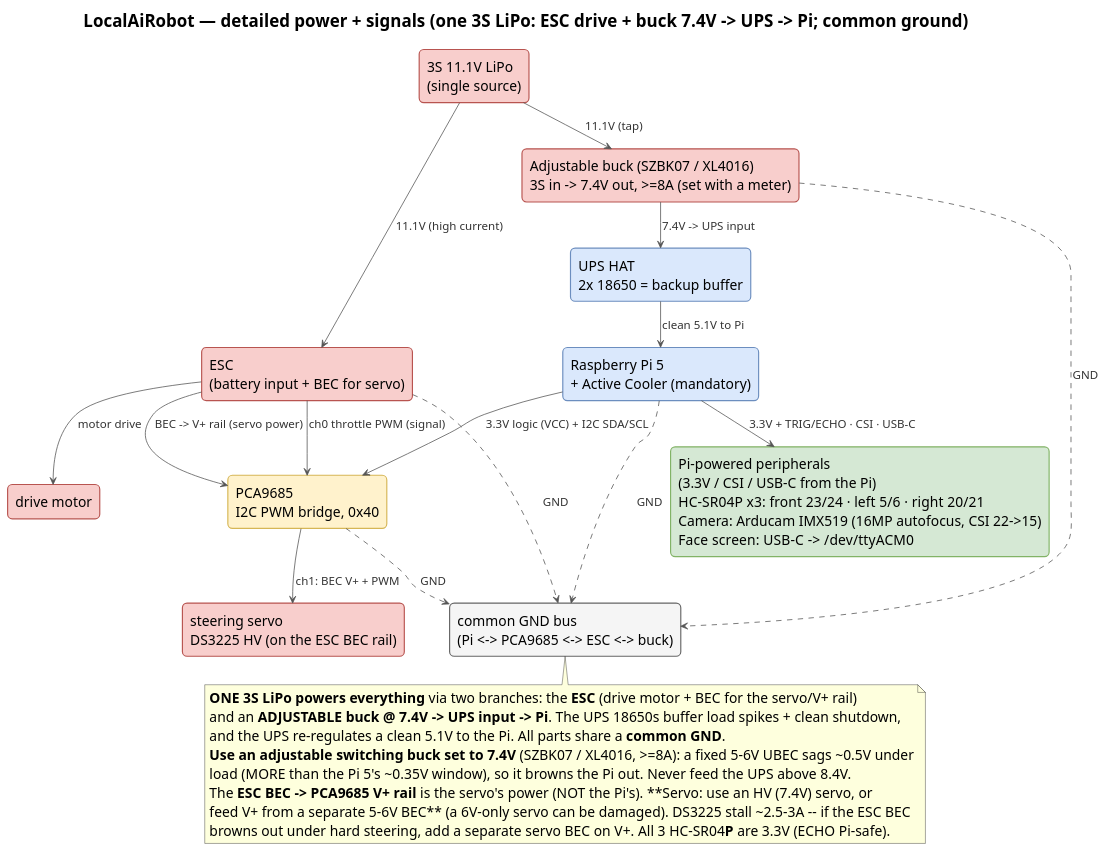
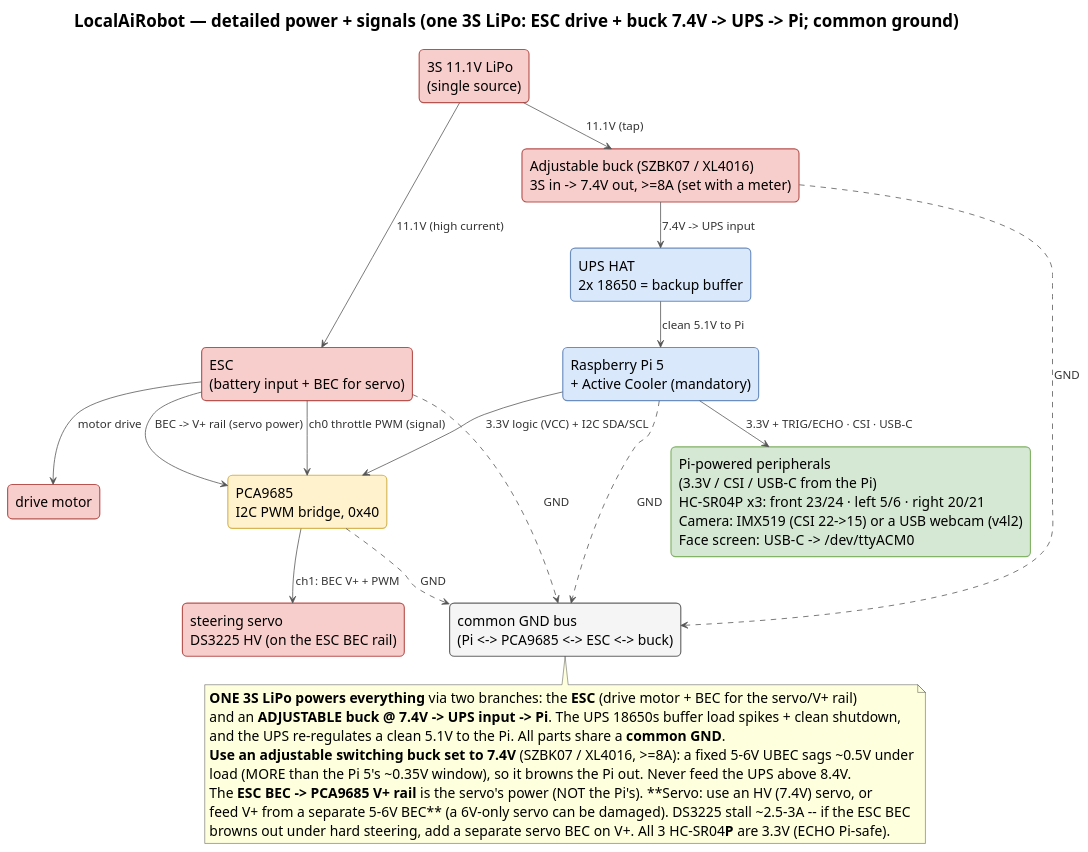
The diagram in docs/images/power-domains.puml (shen747/LocalAiRobot), drawn with PlantUML before and after one commit. The commit also changed 7 other files, not shown here.

Commit message:
Support a USB webcam on the Pi (ROBOT_CAMERA_BACKEND=v4l2) alongside the CSI camera, with docs + diagrams

```diff
--- a/docs/images/power-domains.puml
+++ b/docs/images/power-domains.puml
@@ -1,73 +1,73 @@
 @startuml power-domains
 ' LocalAiRobot — DETAILED power + signal wiring, TOP-TO-BOTTOM (one 3S LiPo -> ESC + buck(7.4V)/UPS to the Pi).
 ' This source lives next to its render. Regenerate in place (writes power-domains.png here):
 '   plantuml -tpng docs/images/power-domains.puml
 ' No Graphviz needed: !pragma layout smetana. Vertical + larger fonts; Pi peripherals collapsed into one box.
 !pragma layout smetana
 top to bottom direction
 hide stereotype
 title LocalAiRobot — detailed power + signals (one 3S LiPo: ESC drive + buck 7.4V -> UPS -> Pi; common ground)
 
 skinparam backgroundColor white
 skinparam shadowing false
 skinparam defaultFontName Helvetica
 skinparam defaultFontSize 18
 skinparam TitleFontSize 22
 skinparam ArrowColor #555555
 skinparam ArrowFontColor #333333
 skinparam ArrowFontSize 15
 skinparam rectangle {
   RoundCorner 12
   FontSize 18
   BorderThickness 1.5
   BackgroundColor<<io>> #DAE8FC
   BorderColor<<io>> #6C8EBF
   BackgroundColor<<model>> #FFF2CC
   BorderColor<<model>> #D6B656
   BackgroundColor<<data>> #D5E8D4
   BorderColor<<data>> #82B366
   BackgroundColor<<motor>> #F8CECC
   BorderColor<<motor>> #B85450
   BackgroundColor<<store>> #F5F5F5
   BorderColor<<store>> #666666
 }
 
 rectangle "3S 11.1V LiPo\n(single source)" as lipo <<motor>>
 rectangle "ESC\n(battery input + BEC for servo)" as esc <<motor>>
 rectangle "drive motor" as dmotor <<motor>>
 rectangle "Adjustable buck (SZBK07 / XL4016)\n3S in -> 7.4V out, >=8A (set with a meter)" as ubec <<motor>>
 rectangle "UPS HAT\n2x 18650 = backup buffer" as ups <<io>>
 rectangle "Raspberry Pi 5\n+ Active Cooler (mandatory)" as pi <<io>>
 rectangle "PCA9685\nI2C PWM bridge, 0x40" as pca <<model>>
 rectangle "steering servo\nDS3225 HV (on the ESC BEC rail)" as servo <<motor>>
-rectangle "Pi-powered peripherals\n(3.3V / CSI / USB-C from the Pi)\nHC-SR04P x3:  front 23/24 · left 5/6 · right 20/21\nCamera: Arducam IMX519 (16MP autofocus, CSI 22->15)\nFace screen:  USB-C -> /dev/ttyACM0" as periph <<data>>
+rectangle "Pi-powered peripherals\n(3.3V / CSI / USB-C from the Pi)\nHC-SR04P x3:  front 23/24 · left 5/6 · right 20/21\nCamera: IMX519 (CSI 22->15) or a USB webcam (v4l2)\nFace screen:  USB-C -> /dev/ttyACM0" as periph <<data>>
 rectangle "common GND bus\n(Pi <-> PCA9685 <-> ESC <-> buck)" as gnd <<store>>
 
 ' ---- power + signals, top -> bottom ----
 lipo --> esc  : 11.1V (high current)
 lipo --> ubec : 11.1V (tap)
 esc  --> dmotor : motor drive
 ubec --> ups  : 7.4V -> UPS input
 ups  --> pi   : clean 5.1V to Pi
 pi   --> pca  : 3.3V logic (VCC) + I2C SDA/SCL
 esc  --> pca  : ch0 throttle PWM (signal)
 esc  --> pca  : BEC -> V+ rail (servo power)
 pca  --> servo : ch1: BEC V+ + PWM
 pi   --> periph : 3.3V + TRIG/ECHO · CSI · USB-C
 
 esc  ..> gnd : GND
 pi   ..> gnd : GND
 pca  ..> gnd : GND
 ubec ..> gnd : GND
 
 note bottom of gnd
   **ONE 3S LiPo powers everything** via two branches: the **ESC** (drive motor + BEC for the servo/V+ rail)
   and an **ADJUSTABLE buck @ 7.4V -> UPS input -> Pi**. The UPS 18650s buffer load spikes + clean shutdown,
   and the UPS re-regulates a clean 5.1V to the Pi. All parts share a **common GND**.
   **Use an adjustable switching buck set to 7.4V** (SZBK07 / XL4016, >=8A): a fixed 5-6V UBEC sags ~0.5V under
   load (MORE than the Pi 5's ~0.35V window), so it browns the Pi out. Never feed the UPS above 8.4V.
   The **ESC BEC -> PCA9685 V+ rail** is the servo's power (NOT the Pi's). **Servo: use an HV (7.4V) servo, or
   feed V+ from a separate 5-6V BEC** (a 6V-only servo can be damaged). DS3225 stall ~2.5-3A -- if the ESC BEC
   browns out under hard steering, add a separate servo BEC on V+. All 3 HC-SR04**P** are 3.3V (ECHO Pi-safe).
 end note
 @enduml
```
